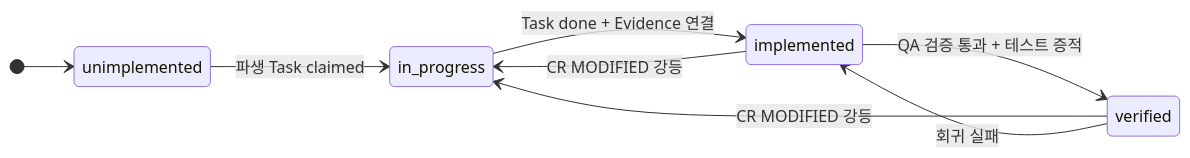
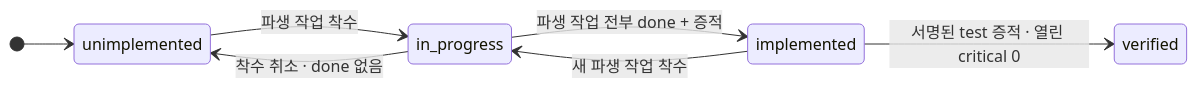
One commit to worker-ants/nerv changed the second of 3 diagrams in docs/03-proposal/spec-workflow.md. Above: the diagram before and after it, drawn with Mermaid. The commit also changed other lines of this file and 18 other files, not shown here.

````diff
--- a/docs/03-proposal/spec-workflow.md
+++ b/docs/03-proposal/spec-workflow.md
@@ -116,11 +118,10 @@
 ```mermaid
 stateDiagram-v2
     direction LR
     [*] --> unimplemented
-    unimplemented --> in_progress: 파생 Task claimed
-    in_progress --> implemented: Task done + Evidence 연결
-    implemented --> verified: QA 검증 통과 + 테스트 증적
-    implemented --> in_progress: CR MODIFIED 강등
-    verified --> in_progress: CR MODIFIED 강등
-    verified --> implemented: 회귀 실패
+    unimplemented --> in_progress: 파생 작업 착수
+    in_progress --> implemented: 파생 작업 전부 done + 증적
+    implemented --> verified: 서명된 test 증적 · 열린 critical 0
+    in_progress --> unimplemented: 착수 취소 · done 없음
+    implemented --> in_progress: 새 파생 작업 착수
 ```
````
